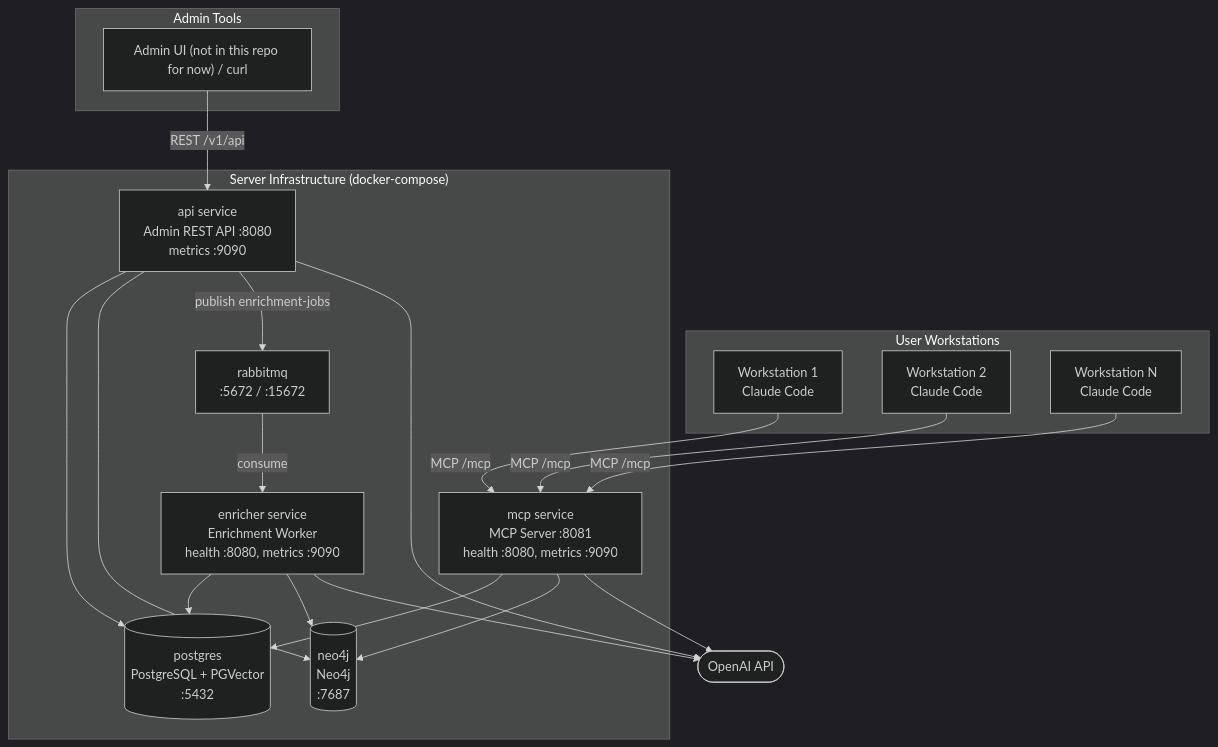
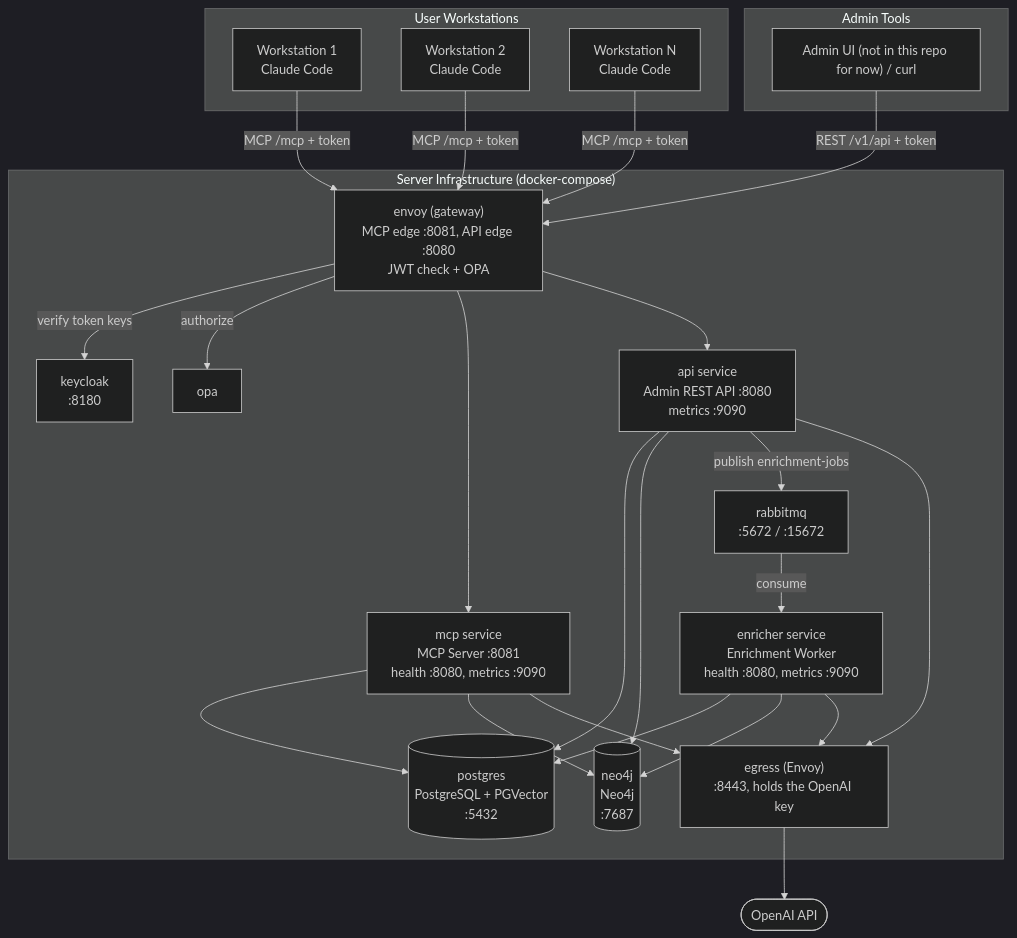
The first of 5 diagrams in docs/design/architecture/system/06-deployment-architecture.md (twistingmercury/mnemonic), drawn with Mermaid (dark theme) before and after one commit. The commit also changed other lines of this file and 28 other files, not shown here.

````diff
--- a/docs/design/architecture/system/06-deployment-architecture.md
+++ b/docs/design/architecture/system/06-deployment-architecture.md
@@ -40,37 +40,46 @@
 ```mermaid
 graph TB
     subgraph "User Workstations"
         WS1[Workstation 1<br/>Claude Code]
         WS2[Workstation 2<br/>Claude Code]
         WS3[Workstation N<br/>Claude Code]
     end
 
     subgraph "Admin Tools"
         ADMIN["Admin UI (not in this repo for now) / curl"]
     end
 
     subgraph "Server Infrastructure (docker-compose)"
+        EDGE["envoy (gateway)<br/>MCP edge :8081, API edge :8080<br/>JWT check + OPA"]
+        KC[keycloak<br/>:8180]
+        OPA[opa]
         MCP[mcp service<br/>MCP Server :8081<br/>health :8080, metrics :9090]
         API[api service<br/>Admin REST API :8080<br/>metrics :9090]
         ENRICHER[enricher service<br/>Enrichment Worker<br/>health :8080, metrics :9090]
         RMQ[rabbitmq<br/>:5672 / :15672]
         PG[(postgres<br/>PostgreSQL + PGVector<br/>:5432)]
         NEO[(neo4j<br/>Neo4j<br/>:7687)]
+        EGRESS["egress (Envoy)<br/>:8443, holds the OpenAI key"]
     end
 
     OAI([OpenAI API])
 
-    WS1 -->|"MCP /mcp"| MCP
-    WS2 -->|"MCP /mcp"| MCP
-    WS3 -->|"MCP /mcp"| MCP
-    ADMIN -->|"REST /v1/api"| API
+    WS1 -->|"MCP /mcp + token"| EDGE
+    WS2 -->|"MCP /mcp + token"| EDGE
+    WS3 -->|"MCP /mcp + token"| EDGE
+    ADMIN -->|"REST /v1/api + token"| EDGE
+    EDGE -->|"verify token keys"| KC
+    EDGE -->|"authorize"| OPA
+    EDGE --> MCP
+    EDGE --> API
     MCP --> PG
     MCP --> NEO
     API --> PG
     API --> NEO
     API -->|"publish enrichment-jobs"| RMQ
     RMQ -->|"consume"| ENRICHER
     ENRICHER --> PG
     ENRICHER --> NEO
-    MCP & API & ENRICHER --> OAI
+    MCP & API & ENRICHER --> EGRESS
+    EGRESS --> OAI
 ```
````
